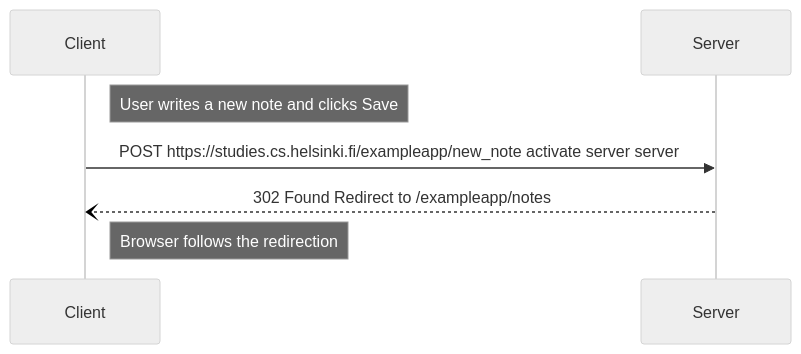
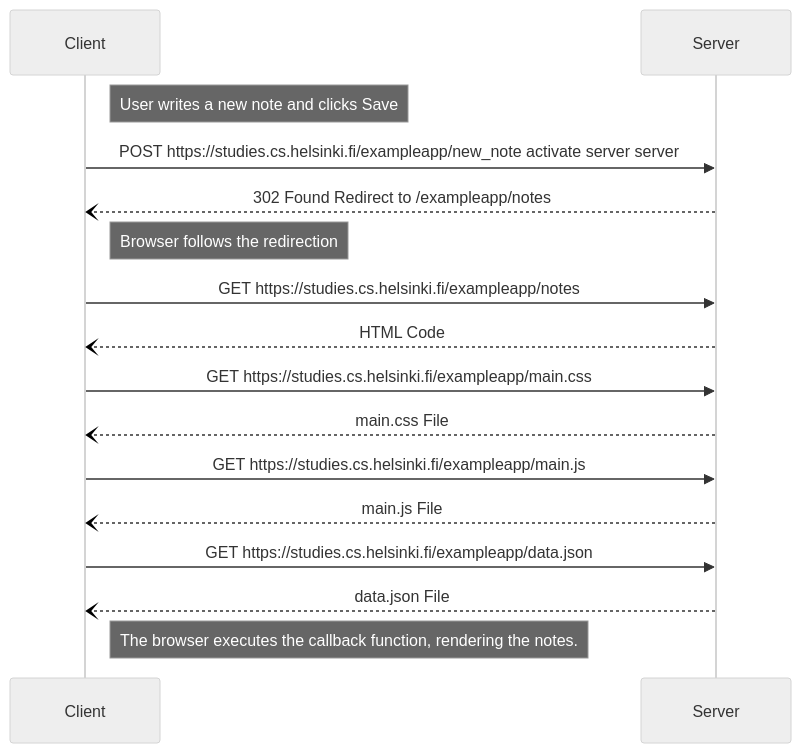
Before and after one commit to BeVocalist/Full-Stack-Web-Development: the first of 3 diagrams in part0/q4.md, drawn with Mermaid (neutral theme).

````diff
--- a/part0/q4.md
+++ b/part0/q4.md
@@ -1,10 +1,19 @@
 ```mermaid
 sequenceDiagram
   participant Client
   participant Server
   Note right of Client: User writes a new note and clicks Save
 
   Client->>Server: POST https://studies.cs.helsinki.fi/exampleapp/new_note activate server server
   Server--)Client: 302 Found Redirect to /exampleapp/notes
   Note right of Client: Browser follows the redirection
+  Client->>Server: GET https://studies.cs.helsinki.fi/exampleapp/notes
+  Server--)Client: HTML Code
+  Client->>Server: GET https://studies.cs.helsinki.fi/exampleapp/main.css
+  Server--)Client: main.css File
+  Client->>Server: GET https://studies.cs.helsinki.fi/exampleapp/main.js
+  Server--)Client: main.js File
+  Client->>Server: GET https://studies.cs.helsinki.fi/exampleapp/data.json
+  Server--)Client: data.json File
+  Note right of Client: The browser executes the callback function, rendering the notes.
 ```
````
